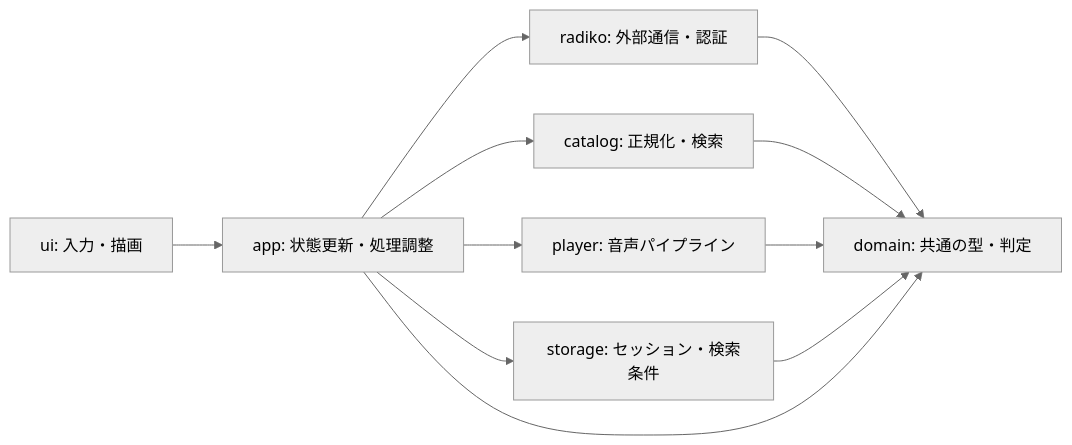
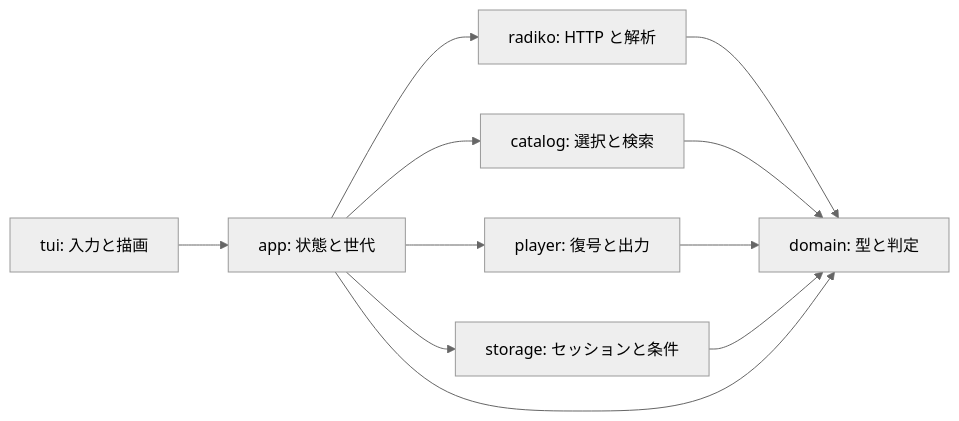
The diagram in docs/architecture.md (yanmakazuki/radiko-client), drawn with Mermaid (neutral theme) before and after one commit. The commit also changed other lines of this file and 5 other files, not shown here.

````diff
--- a/docs/architecture.md
+++ b/docs/architecture.md
@@ -331,13 +9,13 @@
 ```mermaid
 flowchart LR
-    UI[ui: 入力・描画] --> APP[app: 状態更新・処理調整]
-    APP --> CAT[catalog: 正規化・検索]
-    APP --> RAD[radiko: 外部通信・認証]
-    APP --> PLAYER[player: 音声パイプライン]
-    APP --> STORE[storage: セッション・検索条件]
-    RAD --> DOMAIN[domain: 共通の型・判定]
+    TUI[tui: 入力と描画] --> APP[app: 状態と世代]
+    APP --> CAT[catalog: 選択と検索]
+    APP --> RAD[radiko: HTTP と解析]
+    APP --> PLAYER[player: 復号と出力]
+    APP --> STORE[storage: セッションと条件]
+    RAD --> DOMAIN[domain: 型と判定]
     CAT --> DOMAIN
     PLAYER --> DOMAIN
     STORE --> DOMAIN
     APP --> DOMAIN
 ```
````
